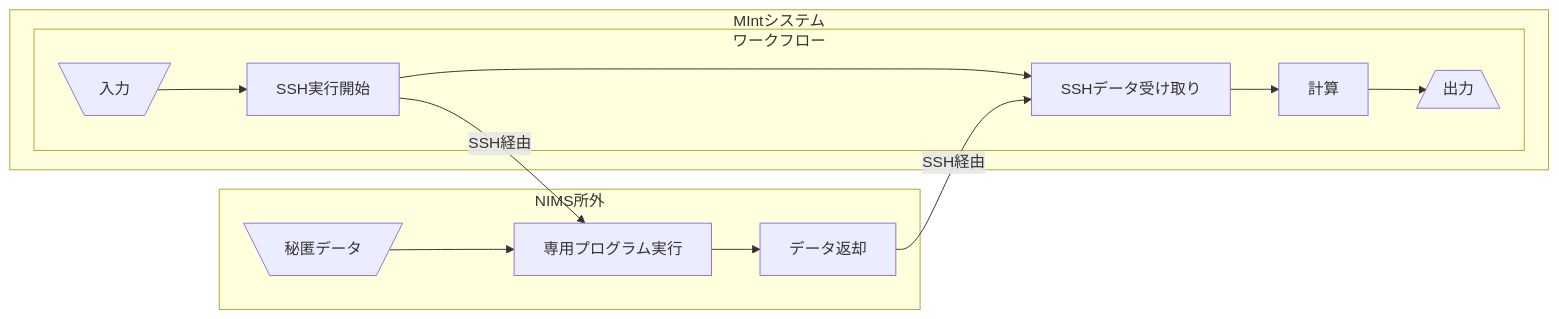
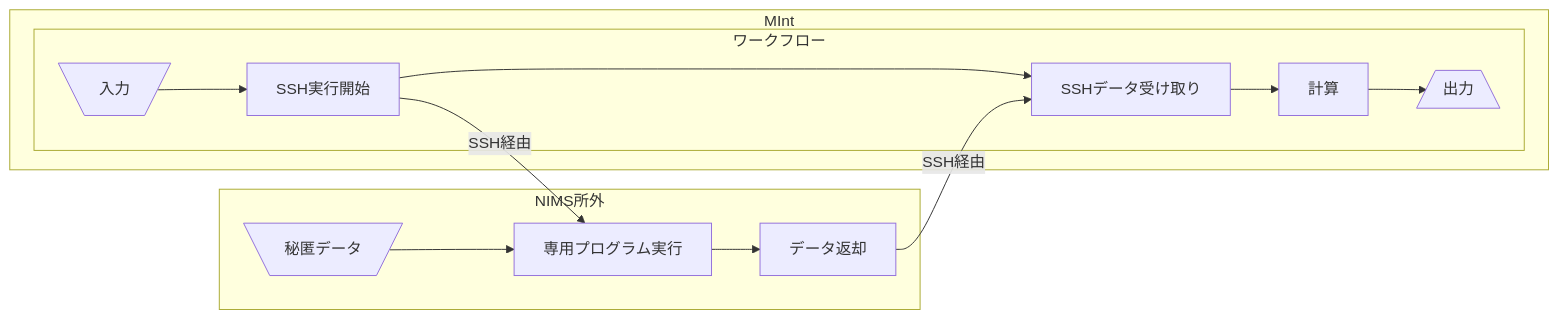
Before and after one commit to materialsintegration/remote_workflow: the first of 4 diagrams in documents/manual2nd/source/using_distributed_properties.rst, drawn with Mermaid. The commit also changed other lines of this file, not shown here.

```diff
--- a/documents/manual2nd/source/using_distributed_properties.rst
+++ b/documents/manual2nd/source/using_distributed_properties.rst
@@ -99,29 +97,29 @@
 .. mermaid::
    :caption: SSH方式の外部資源利用のイメージ
    :align: center
 
    graph LR;
 
    subgraph NIMS所外
      input3[\秘匿データ/]
      module21[専用プログラム実行]
      module22[データ返却]
    end
-   subgraph MIntシステム
+   subgraph MInt
      subgraph ワークフロー
        input1[\入力/]
        module11[SSH実行開始]
        module12[SSHデータ受け取り]
        module13[計算]
        output1[/出力\]
      end
    end
 
    input1-->module11
    module11-->module12
    module12-->module13
    module13-->output1
    input3-->module21
    module11--SSH経由-->module21
    module21-->module22
    module22--SSH経由-->module12
```
